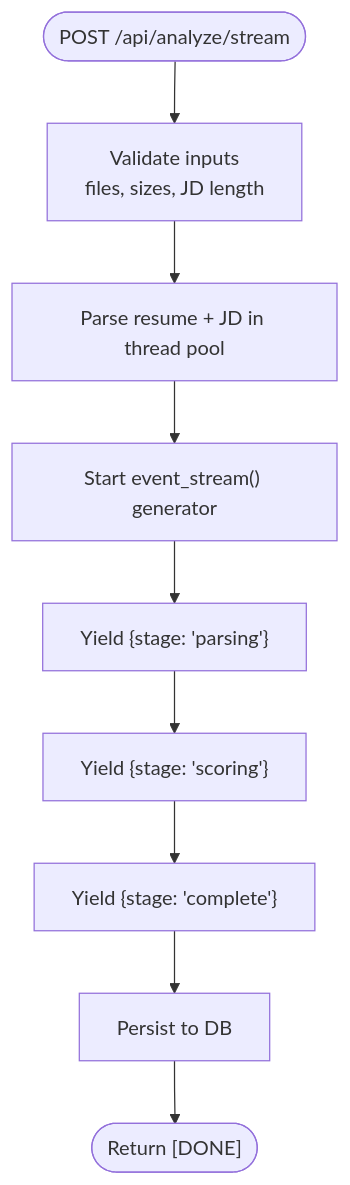
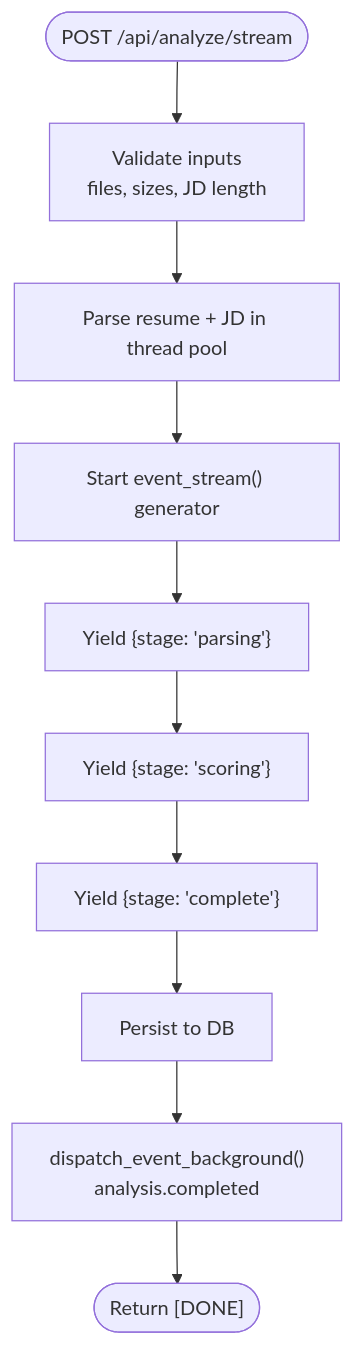
One commit to Revanththetalogics/aireume changed the third of 7 diagrams in .qoder/repowiki/en/content/Real-time Processing.md. Above: the diagram before and after it, drawn with Mermaid. The commit also changed other lines of this file and 10 other files, not shown here.

````diff
--- a/.qoder/repowiki/en/content/Real-time Processing.md
+++ b/.qoder/repowiki/en/content/Real-time Processing.md
@@ -195,11 +225,12 @@
 ```mermaid
 flowchart TD
 Start(["POST /api/analyze/stream"]) --> Validate["Validate inputs<br/>files, sizes, JD length"]
 Validate --> Parse["Parse resume + JD in thread pool"]
 Parse --> Stream["Start event_stream() generator"]
 Stream --> YieldParsing["Yield {stage: 'parsing'}"]
 YieldParsing --> YieldScoring["Yield {stage: 'scoring'}"]
 YieldScoring --> YieldComplete["Yield {stage: 'complete'}"]
 YieldComplete --> Persist["Persist to DB"]
-Persist --> Done(["Return [DONE]"])
+Persist --> Webhook["dispatch_event_background()<br/>analysis.completed"]
+Webhook --> Done(["Return [DONE]"])
 ```
````
